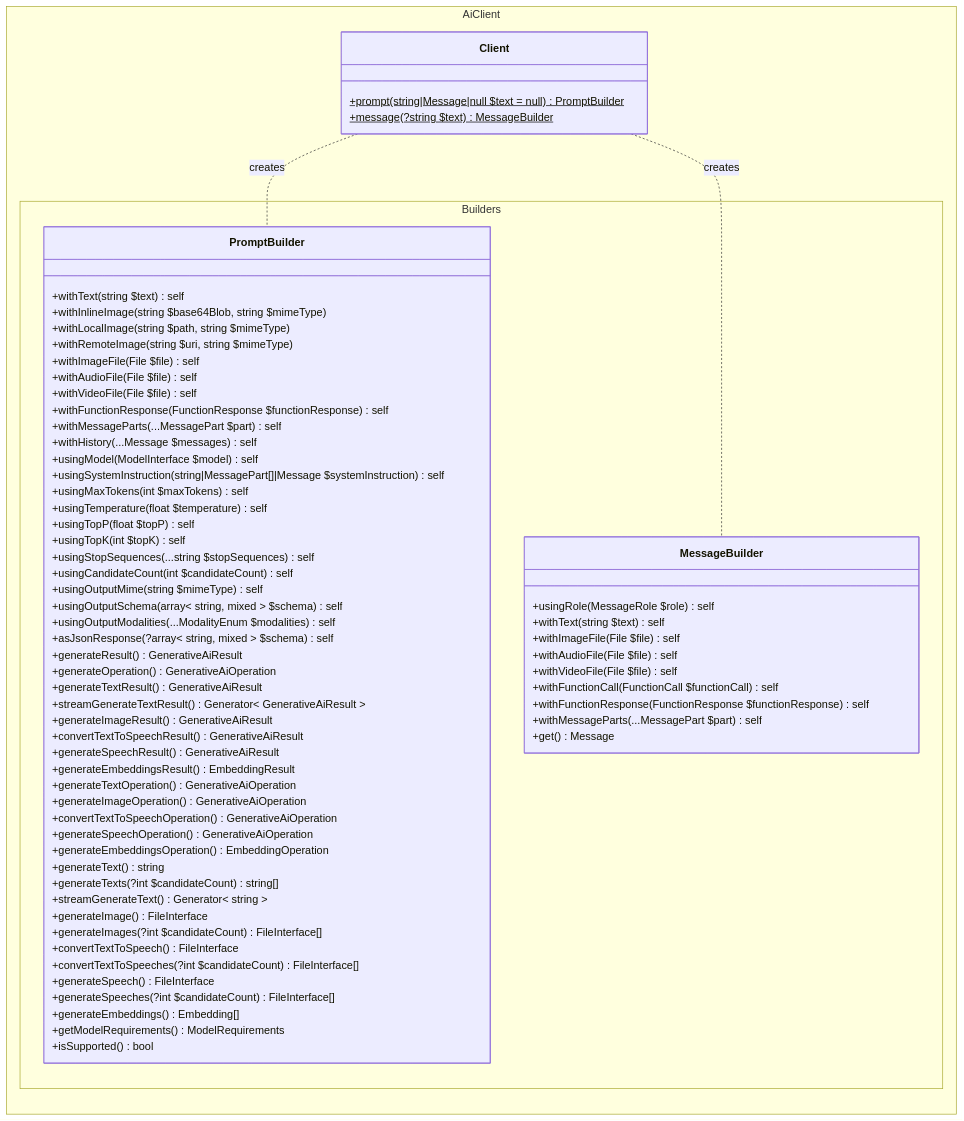
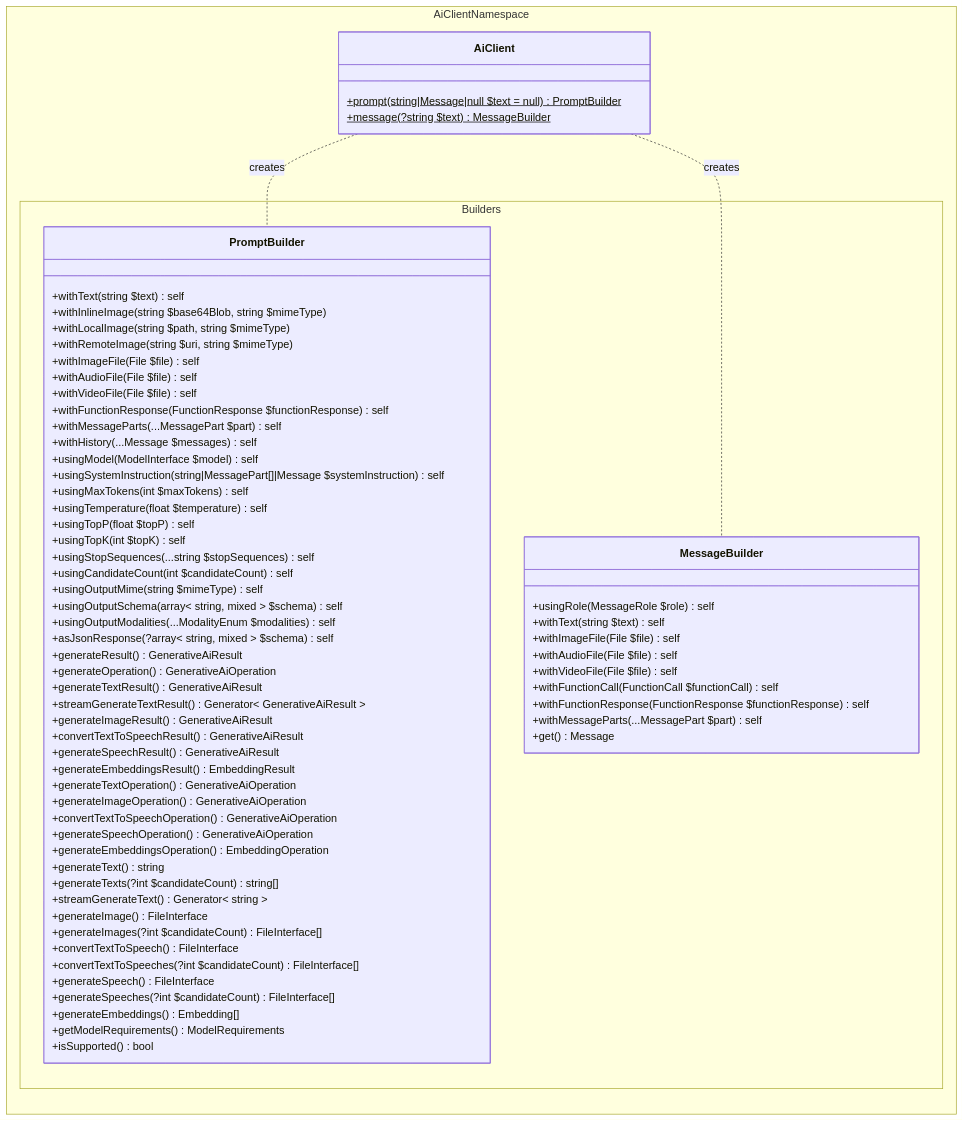
Before and after one commit to WordPress/php-ai-client: the first of 5 diagrams in docs/ARCHITECTURE.md, drawn with Mermaid. The commit also changed other lines of this file, not shown here.

Commit message:
Use `AiClient` as the client class to avoid potential overlap with other libraries

````diff
--- a/docs/ARCHITECTURE.md
+++ b/docs/ARCHITECTURE.md
@@ -288,82 +288,82 @@
 ```mermaid
 ---
 config:
   class:
     hideEmptyMembersBox: true
 ---
 classDiagram
 direction LR
-    namespace AiClient {
-        class Client {
+    namespace AiClientNamespace {
+        class AiClient {
             +prompt(string|Message|null $text = null) PromptBuilder$
             +message(?string $text) MessageBuilder$
         }
     }
 
-    namespace AiClient.Builders {
+    namespace AiClientNamespace.Builders {
         class PromptBuilder {
             +withText(string $text) self
             +withInlineImage(string $base64Blob, string $mimeType)
             +withLocalImage(string $path, string $mimeType)
             +withRemoteImage(string $uri, string $mimeType)
             +withImageFile(File $file) self
             +withAudioFile(File $file) self
             +withVideoFile(File $file) self
             +withFunctionResponse(FunctionResponse $functionResponse) self
             +withMessageParts(...MessagePart $part) self
             +withHistory(...Message $messages) self
             +usingModel(ModelInterface $model) self
             +usingSystemInstruction(string|MessagePart[]|Message $systemInstruction) self
             +usingMaxTokens(int $maxTokens) self
             +usingTemperature(float $temperature) self
             +usingTopP(float $topP) self
             +usingTopK(int $topK) self
             +usingStopSequences(...string $stopSequences) self
             +usingCandidateCount(int $candidateCount) self
             +usingOutputMime(string $mimeType) self
             +usingOutputSchema(array< string, mixed > $schema) self
             +usingOutputModalities(...ModalityEnum $modalities) self
             +asJsonResponse(?array< string, mixed > $schema) self
             +generateResult() GenerativeAiResult
             +generateOperation() GenerativeAiOperation
             +generateTextResult() GenerativeAiResult
             +streamGenerateTextResult() Generator< GenerativeAiResult >
             +generateImageResult() GenerativeAiResult
             +convertTextToSpeechResult() GenerativeAiResult
             +generateSpeechResult() GenerativeAiResult
             +generateEmbeddingsResult() EmbeddingResult
             +generateTextOperation() GenerativeAiOperation
             +generateImageOperation() GenerativeAiOperation
             +convertTextToSpeechOperation() GenerativeAiOperation
             +generateSpeechOperation() GenerativeAiOperation
             +generateEmbeddingsOperation() EmbeddingOperation
             +generateText() string
             +generateTexts(?int $candidateCount) string[]
             +streamGenerateText() Generator< string >
             +generateImage() FileInterface
             +generateImages(?int $candidateCount) FileInterface[]
             +convertTextToSpeech() FileInterface
             +convertTextToSpeeches(?int $candidateCount) FileInterface[]
             +generateSpeech() FileInterface
             +generateSpeeches(?int $candidateCount) FileInterface[]
             +generateEmbeddings() Embedding[]
             +getModelRequirements() ModelRequirements
             +isSupported() bool
         }
 
         class MessageBuilder {
             +usingRole(MessageRole $role) self
             +withText(string $text) self
             +withImageFile(File $file) self
             +withAudioFile(File $file) self
             +withVideoFile(File $file) self
             +withFunctionCall(FunctionCall $functionCall) self
             +withFunctionResponse(FunctionResponse $functionResponse) self
             +withMessageParts(...MessagePart $part) self
             +get() Message
         }
     }
 
-    Client .. PromptBuilder : creates
-    Client .. MessageBuilder : creates
+    AiClient .. PromptBuilder : creates
+    AiClient .. MessageBuilder : creates
 ```
````
